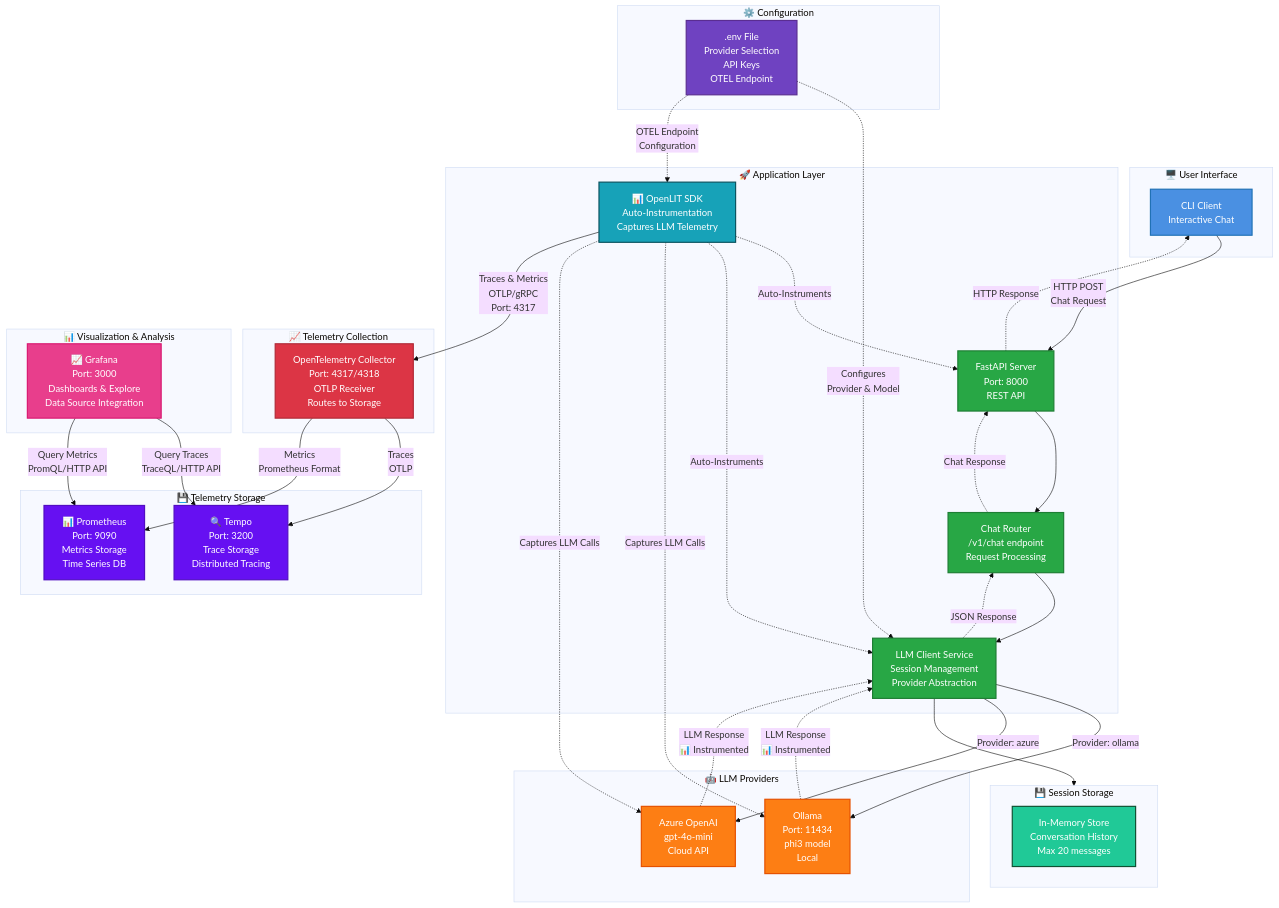
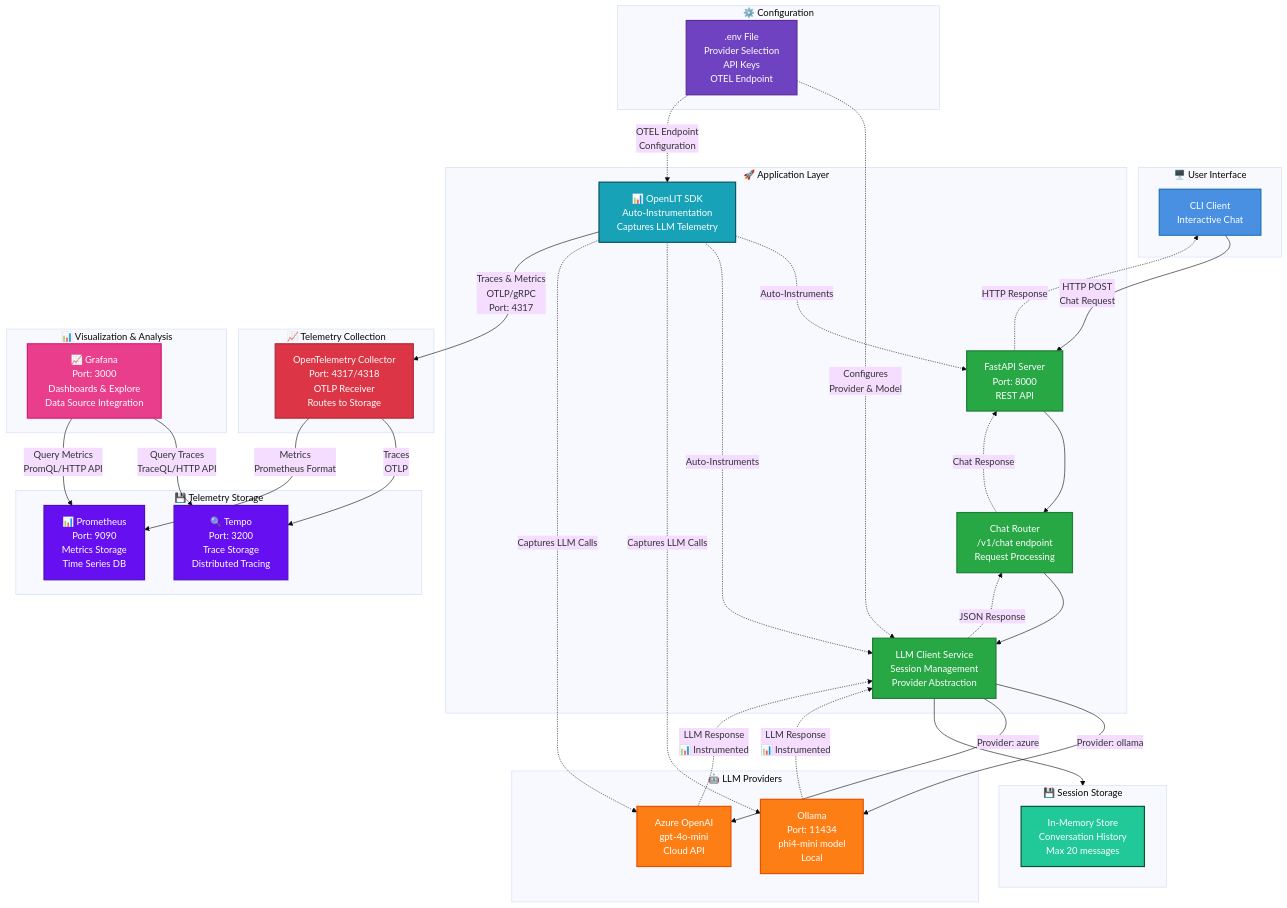
The diagram in labs/LAB_03_FULL_OBSERVABILITY.md (llm-oss-labs/aideveu25-llm-obs), drawn with Mermaid (base theme) before and after one commit. The commit also changed 15 other files, not shown here.

```diff
--- a/labs/LAB_03_FULL_OBSERVABILITY.md
+++ b/labs/LAB_03_FULL_OBSERVABILITY.md
@@ -26,7 +26,7 @@
     end
 
     subgraph PROVIDERS["🤖 LLM Providers"]
-        OLLAMA["Ollama<br/>Port: 11434<br/>phi3 model<br/>Local"]
+        OLLAMA["Ollama<br/>Port: 11434<br/>phi4-mini model<br/>Local"]
         AZURE["Azure OpenAI<br/>gpt-4o-mini<br/>Cloud API"]
     end
 
```
